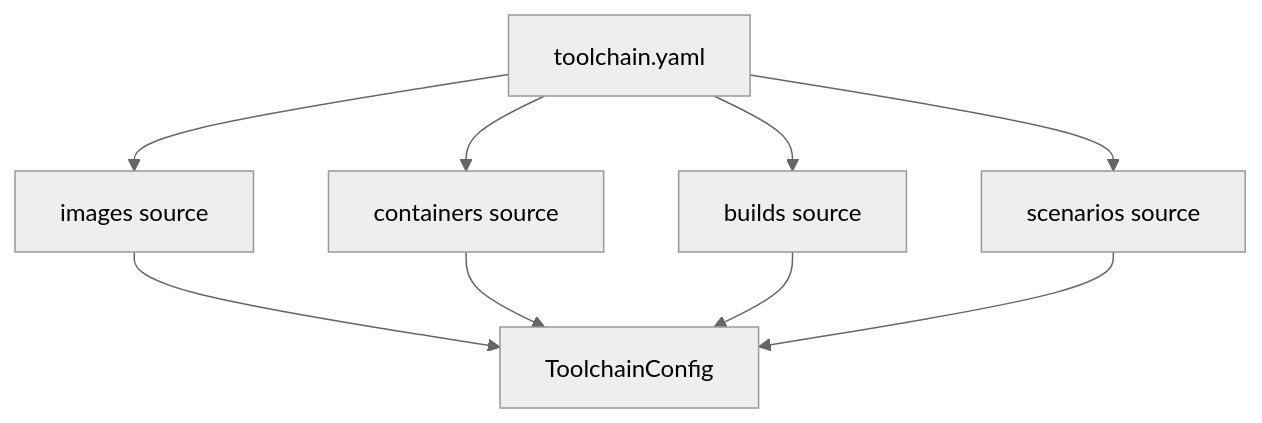
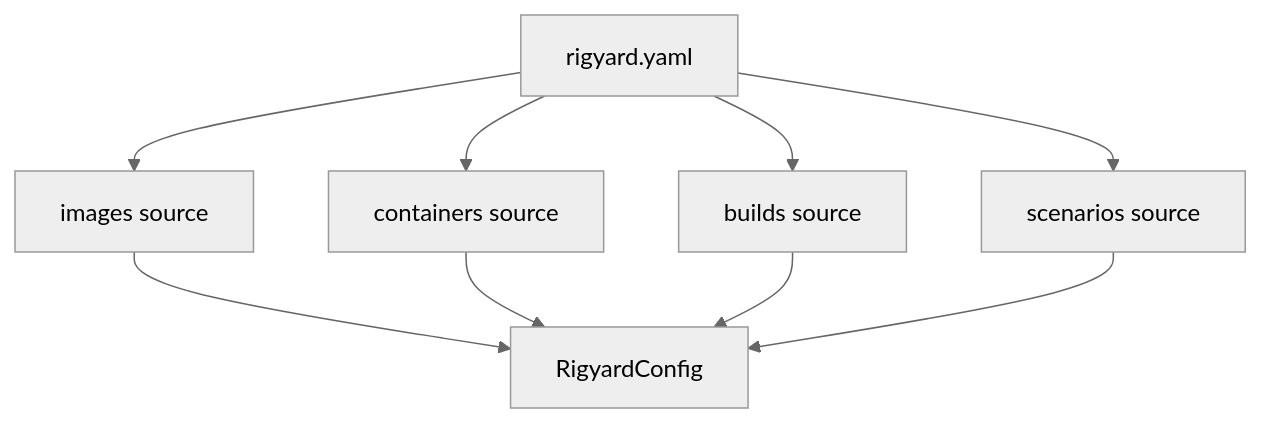
One commit to zz990099/Rigyard changed the first of 2 diagrams in docs/development/architecture.md. Above: the diagram before and after it, drawn with Mermaid (neutral theme). The commit also changed other lines of this file and 113 other files, not shown here.

````diff
--- a/docs/development/architecture.md
+++ b/docs/development/architecture.md
@@ -7,11 +7,11 @@
 ```mermaid
 flowchart TD
-    A[toolchain.yaml] --> B[images source]
+    A[rigyard.yaml] --> B[images source]
     A --> C[containers source]
     A --> D[builds source]
     A --> E[scenarios source]
-    B --> F[ToolchainConfig]
+    B --> F[RigyardConfig]
     C --> F
     D --> F
     E --> F
 ```
````
